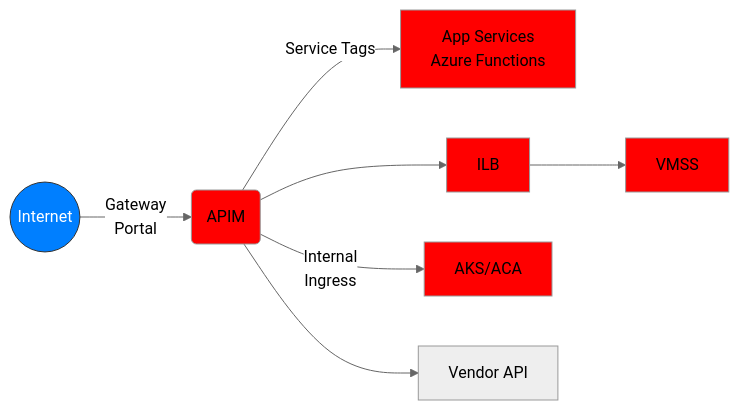
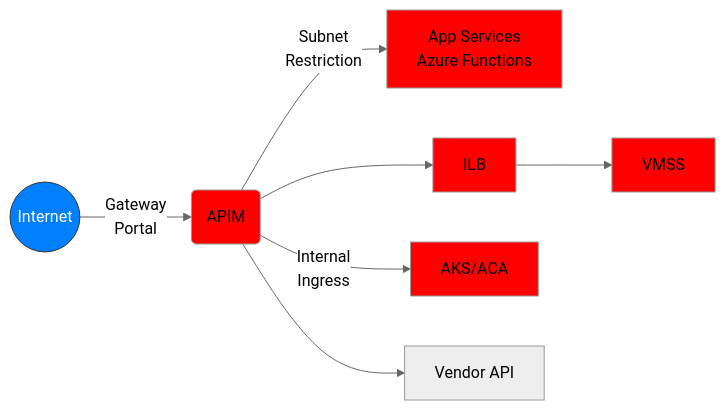
The second of 3 diagrams in README.md (msalemor/azure-apim-networking), drawn with Mermaid (neutral theme) before and after one commit.

````diff
--- a/README.md
+++ b/README.md
@@ -37,14 +37,14 @@
 ```mermaid
 graph LR;
     A((Internet))--Gateway<br/>Portal-->B(APIM)
-    B--Service Tags-->C[App Services<br/>Azure Functions]
+    B--Subnet<br/>Restriction-->C[App Services<br/>Azure Functions]
     B-->D[ILB];
     D-->F[VMSS];
     B--Internal<br/>Ingress-->E[AKS/ACA];
     B-->G[Vendor API]
     style A fill:#007FFF,stroke:#333,stroke-width:1px,color:#fff;    
     classDef unsafe fill:#4DFF4D,stroke:#333,stroke-width:1px,color:black;
     class X unsafe;
     classDef safe fill:red,color:black;
     class C,Z,B,D,F,E,M safe;
 ```
````
